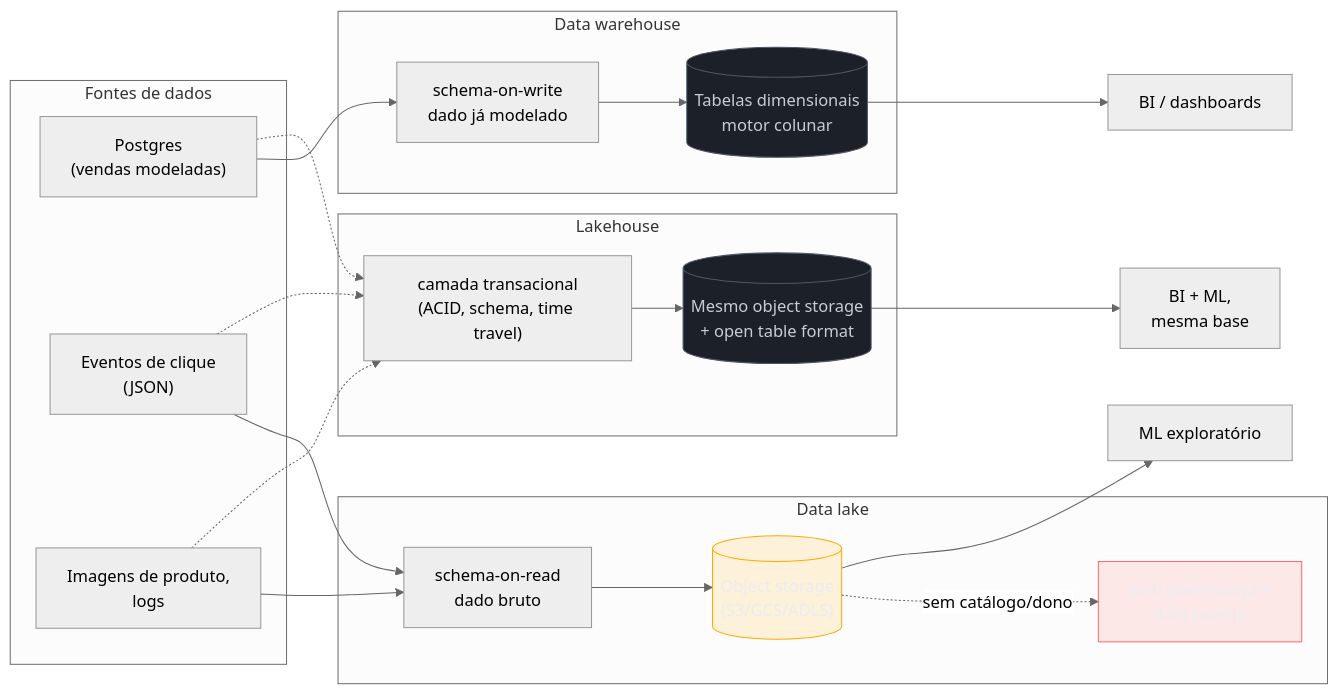
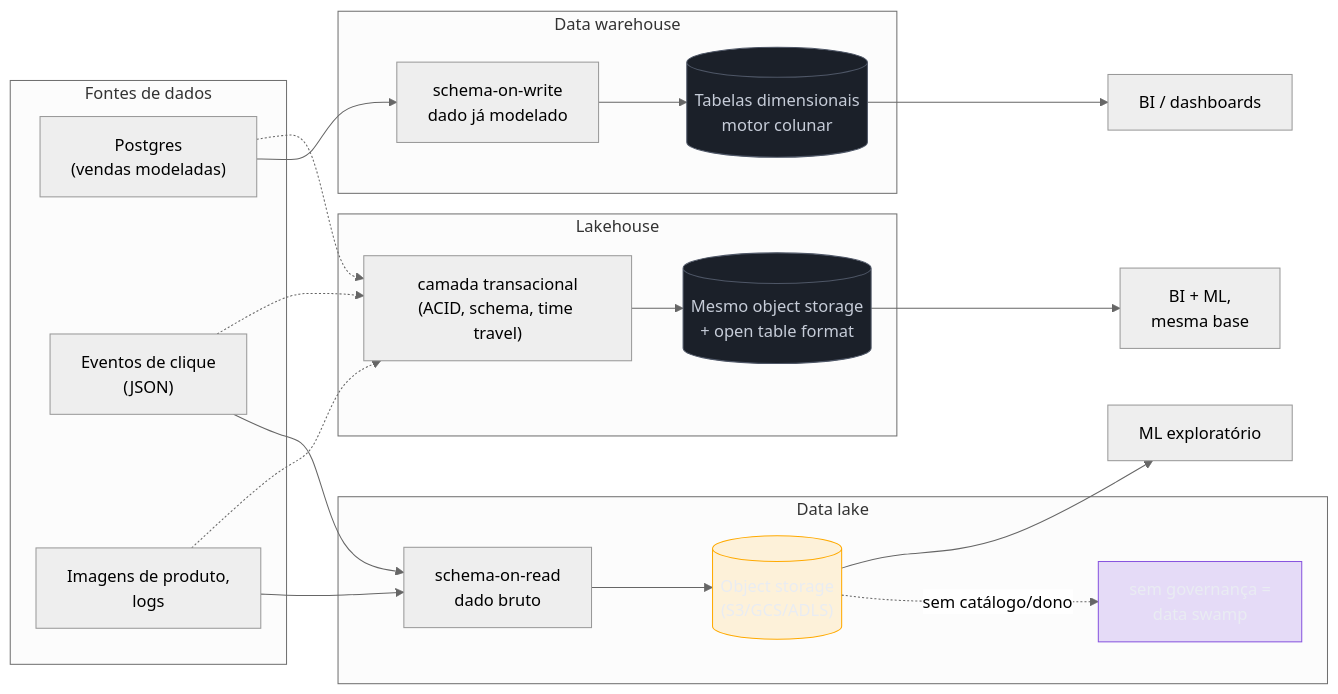
Before and after one commit to josenaldo/codex-technomanticus: the diagram in 03-Dominios/Engenharia/Dados/1 - Fundamentos de engenharia de dados/03 - Warehouse, lake e lakehouse.md, drawn with Mermaid (neutral theme). The commit also changed 601 other files, not shown here.

````diff
--- a/03-Dominios/Engenharia/Dados/1 - Fundamentos de engenharia de dados/03 - Warehouse, lake e lakehouse.md
+++ b/03-Dominios/Engenharia/Dados/1 - Fundamentos de engenharia de dados/03 - Warehouse, lake e lakehouse.md
@@ -136,47 +136,47 @@
 ```mermaid
 graph LR
+    classDef marca fill:#8855DF33,stroke:#8855DF,color:#E9ECF2
     classDef neutro fill:#1B2029,stroke:#4E5666,color:#C6CCD8
     classDef destaque fill:#FFAA0024,stroke:#FFAA00,color:#E9ECF2
-    classDef falha fill:#FF6B6B24,stroke:#FF6B6B,color:#E9ECF2
     subgraph Fontes["Fontes de dados"]
         OLTP["Postgres<br/>(vendas modeladas)"]
         Eventos["Eventos de clique<br/>(JSON)"]
         Midia["Imagens de produto,<br/>logs"]
     end
 
     subgraph WH["Data warehouse"]
         SW["schema-on-write<br/>dado já modelado"]
         DW[("Tabelas dimensionais<br/>motor colunar")]
         SW --> DW
     end
 
     subgraph LK["Data lake"]
         SR["schema-on-read<br/>dado bruto"]
         Files[("Object storage<br/>(S3/GCS/ADLS)")]
         Swamp["sem governança =<br/>data swamp"]
         SR --> Files
         Files -.->|"sem catálogo/dono"| Swamp
     end
 
     subgraph LH["Lakehouse"]
         TT["camada transacional<br/>(ACID, schema, time travel)"]
         Base[("Mesmo object storage<br/>+ open table format")]
         TT --> Base
     end
 
     OLTP --> SW
     Eventos --> SR
     Midia --> SR
     OLTP -.-> TT
     Eventos -.-> TT
     Midia -.-> TT
 
     DW --> BI["BI / dashboards"]
     Files --> ML1["ML exploratório"]
     Base --> BI2["BI + ML,<br/>mesma base"]
 
     class DW neutro
     class Base neutro
     class Files destaque
-    class Swamp falha
+    class Swamp marca
 ```
````
